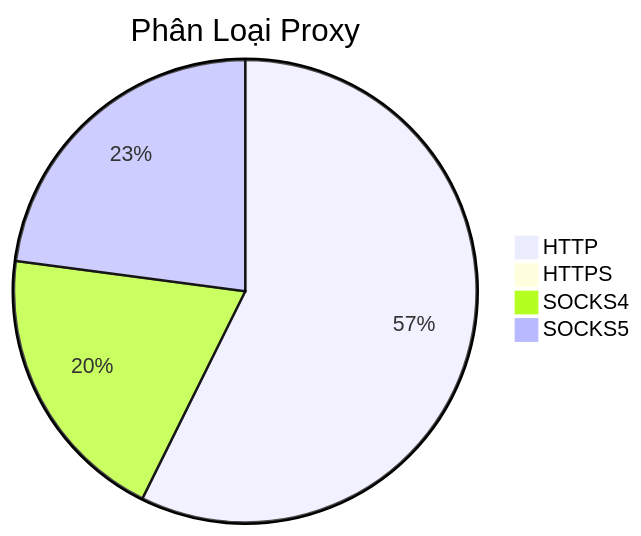
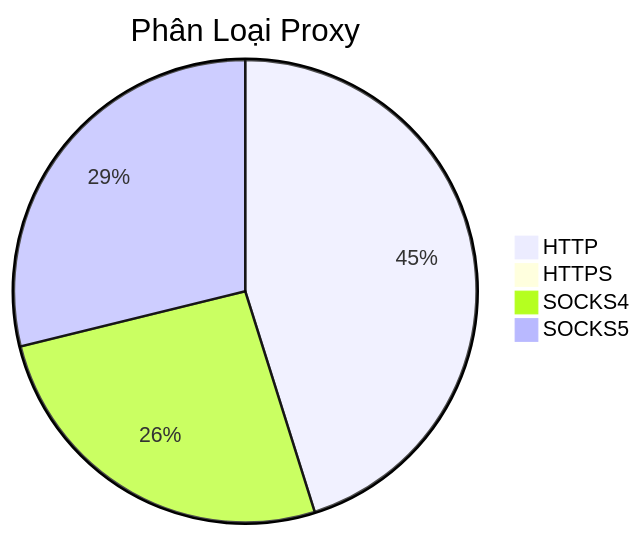
One commit to Ciara-12/PROXY-free changed the diagram in README.md. Above: the diagram before and after it, drawn with Mermaid. The commit also changed other lines of this file and 3 other files, not shown here.

````diff
--- a/README.md
+++ b/README.md
@@ -26,7 +26,7 @@
 ```mermaid
 pie title Phân Loại Proxy
-    "HTTP" : 1056
+    "HTTP" : 595
     "HTTPS" : 0
-    "SOCKS4" : 364
-    "SOCKS5" : 422
+    "SOCKS4" : 343
+    "SOCKS5" : 380
 ```
````
